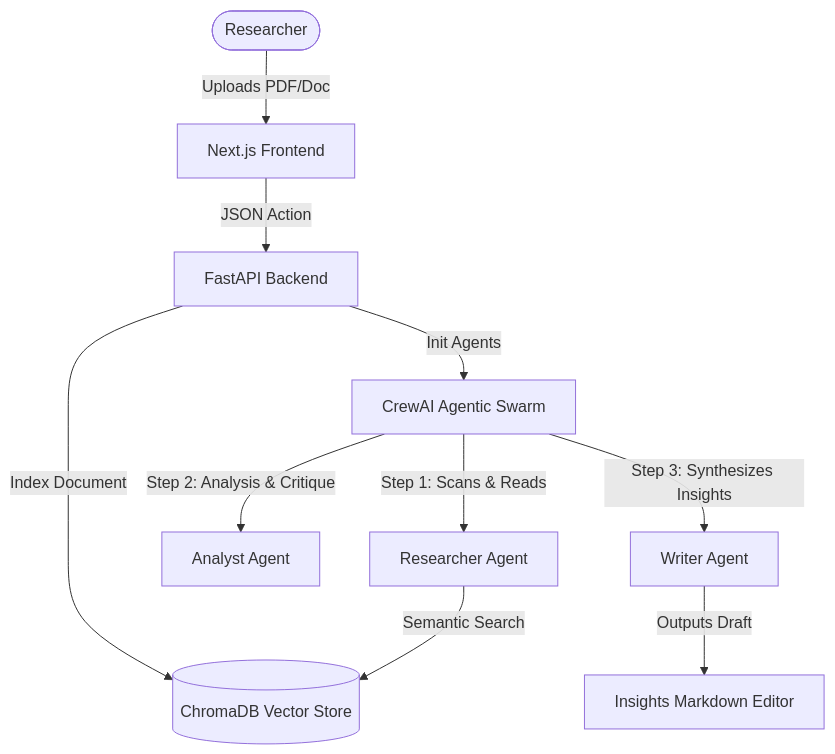
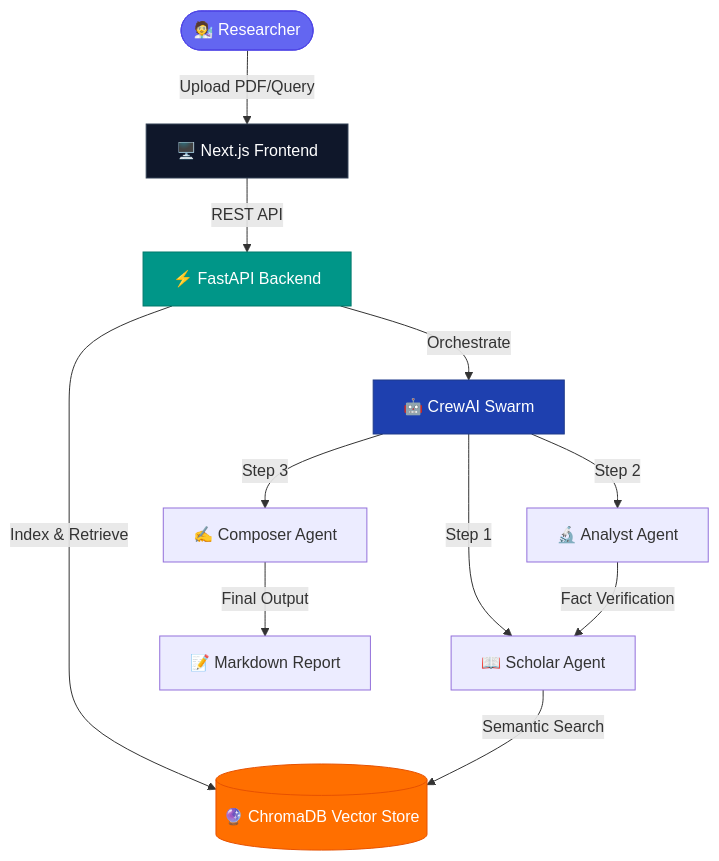
The diagram in README.md (kalyan-1845/lexicon), drawn with Mermaid before and after one commit. The commit also changed other lines of this file and 15 other files, not shown here.

````diff
--- a/README.md
+++ b/README.md
@@ -10,12 +82,21 @@
 ```mermaid
 graph TD
-    User([Researcher]) -->|Uploads PDF/Doc| UI[Next.js Frontend]
-    UI -->|JSON Action| API[FastAPI Backend]
-    API -->|Index Document| Chroma[(ChromaDB Vector Store)]
-    API -->|Init Agents| Crew[CrewAI Agentic Swarm]
-    Crew -->|Step 1: Scans & Reads| R[Researcher Agent]
-    Crew -->|Step 2: Analysis & Critique| A[Analyst Agent]
-    Crew -->|Step 3: Synthesizes Insights| W[Writer Agent]
-    W -->|Outputs Draft| MD[Insights Markdown Editor]
+    User([🧑‍🔬 Researcher]) -->|Upload PDF/Query| UI[🖥️ Next.js Frontend]
+    UI -->|REST API| API[⚡ FastAPI Backend]
+    API -->|Index & Retrieve| Chroma[(🔮 ChromaDB Vector Store)]
+    API -->|Orchestrate| Crew[🤖 CrewAI Swarm]
+
+    Crew -->|Step 1| R[📖 Scholar Agent]
+    Crew -->|Step 2| A[🔬 Analyst Agent]
+    Crew -->|Step 3| W[✍️ Composer Agent]
+
     R -->|Semantic Search| Chroma
+    A -->|Fact Verification| R
+    W -->|Final Output| MD[📝 Markdown Report]
+
+    style User fill:#6366f1,stroke:#4f46e5,color:#fff
+    style UI fill:#0f172a,stroke:#334155,color:#fff
+    style API fill:#009688,stroke:#00796b,color:#fff
+    style Chroma fill:#FF6F00,stroke:#E65100,color:#fff
+    style Crew fill:#1e40af,stroke:#1e3a8a,color:#fff
 ```
````
